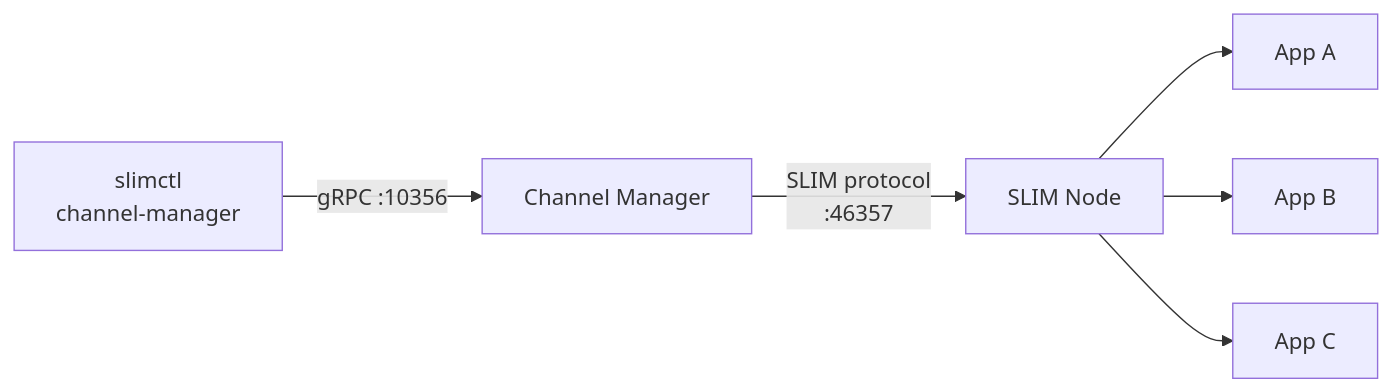
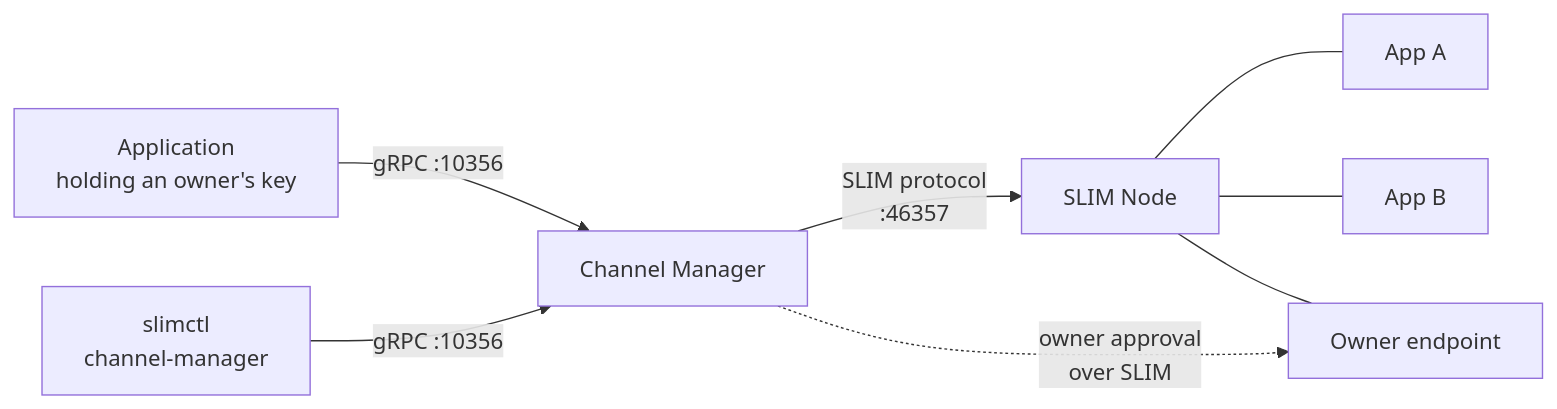
One commit to agntcy/slim changed the diagram in docs/content/slim/components/channel-manager/index.md. Above: the diagram before and after it, drawn with Mermaid. The commit also changed other lines of this file and 15 other files, not shown here.

Commit message:
chore: channel manager docs

````diff
--- a/docs/content/slim/components/channel-manager/index.md
+++ b/docs/content/slim/components/channel-manager/index.md
@@ -20,8 +20,10 @@
 ```mermaid
 graph LR
-    slimctl["slimctl\nchannel-manager"] -- "gRPC :10356" --> cm["Channel Manager"]
-    cm -- "SLIM protocol\n:46357" --> node["SLIM Node"]
-    node --> app1["App A"]
-    node --> app2["App B"]
-    node --> app3["App C"]
+    app["Application<br/>holding an owner's key"] -- "gRPC :10356" --> cm
+    admin["slimctl<br/>channel-manager"] -- "gRPC :10356" --> cm
+    cm["Channel Manager"] -- "SLIM protocol<br/>:46357" --> node["SLIM Node"]
+    cm -. "owner approval<br/>over SLIM" .-> owner["Owner endpoint"]
+    node --- app1["App A"]
+    node --- app2["App B"]
+    node --- owner
 ```
````
